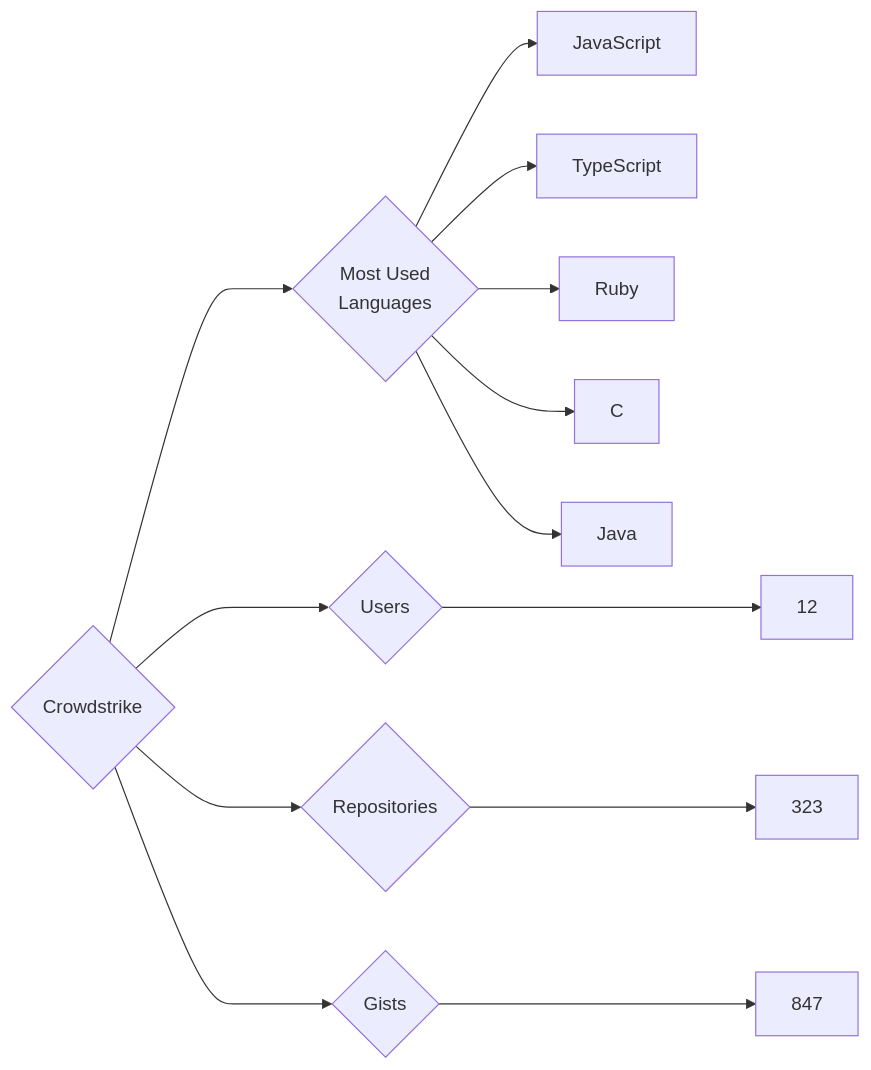
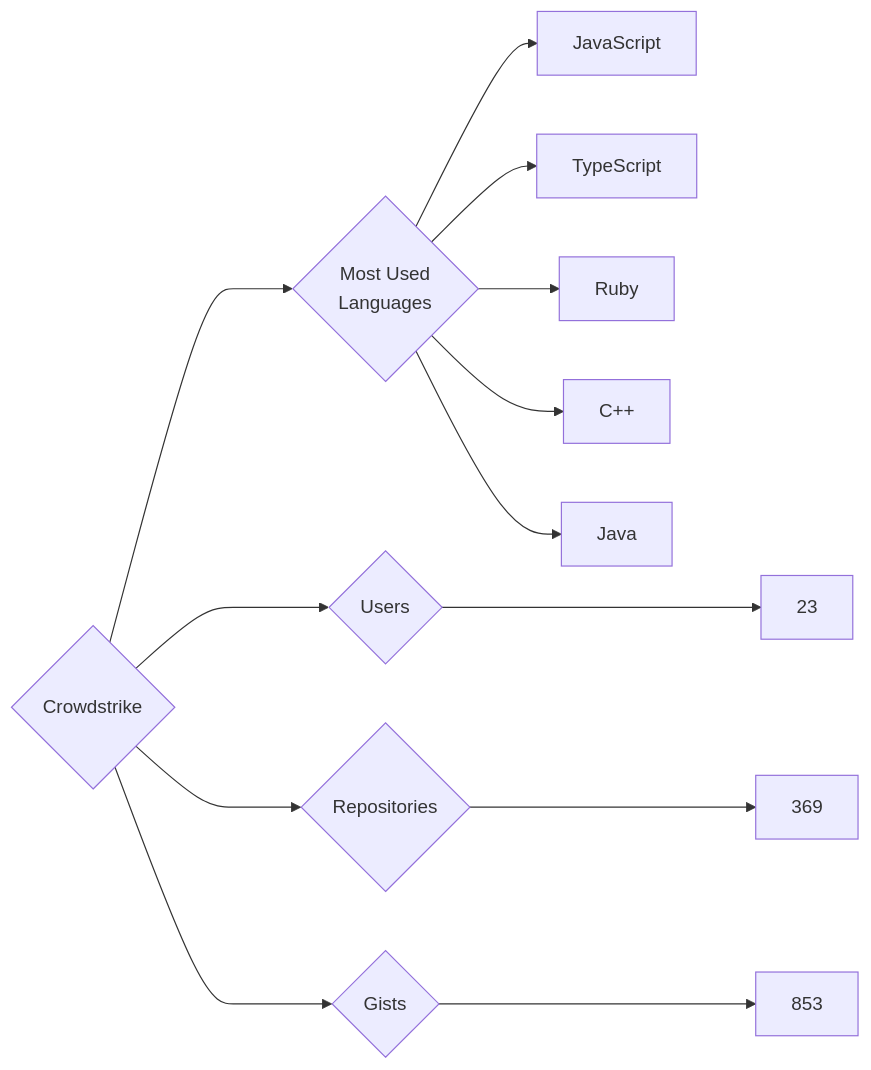
Before and after one commit to trickest/insiders: the diagram in targets/Crowdstrike/README.md, drawn with Mermaid. The commit also changed 681 other files, not shown here.

````diff
--- a/targets/Crowdstrike/README.md
+++ b/targets/Crowdstrike/README.md
@@ -3,13 +3,13 @@
 ```mermaid
 graph LR
 COMPANY_NAME{Crowdstrike}
-COMPANY_NAME ---> U{Users} ---> UN[12]
-COMPANY_NAME ---> R{Repositories} ---> RN[323]
-COMPANY_NAME ---> G{Gists} ---> GN[847]
+COMPANY_NAME ---> U{Users} ---> UN[23]
+COMPANY_NAME ---> R{Repositories} ---> RN[369]
+COMPANY_NAME ---> G{Gists} ---> GN[853]
 COMPANY_NAME ---> ML{Most Used<br>Languages}
 ML --> JavaScript[JavaScript]
 ML --> TypeScript[TypeScript]
 ML --> Ruby[Ruby]
-ML --> C[C]
+ML --> C++[C++]
 ML --> Java[Java]
 ```
````
